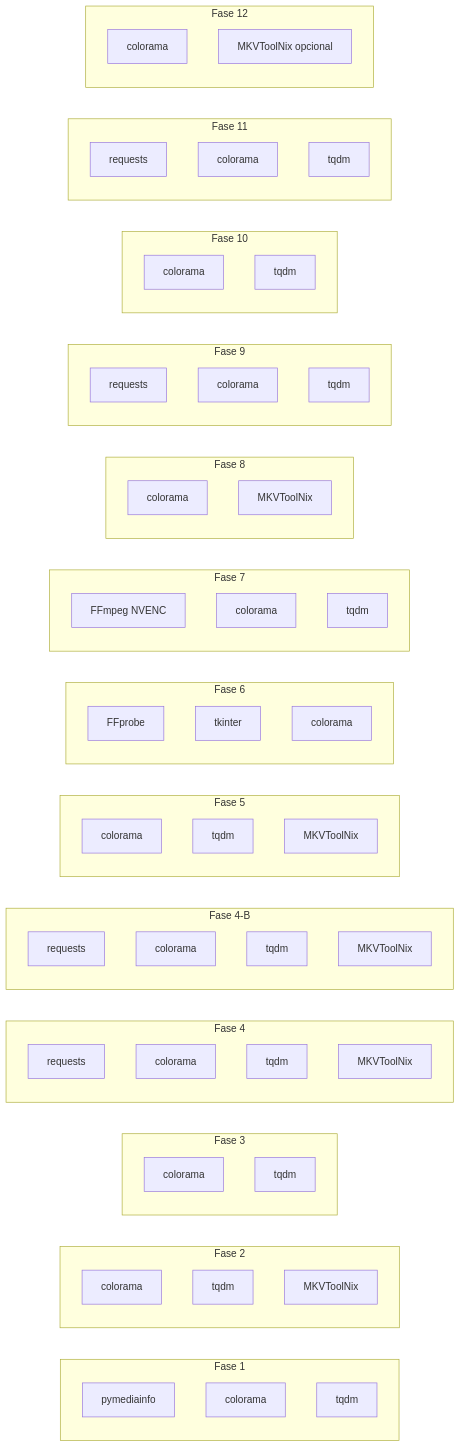
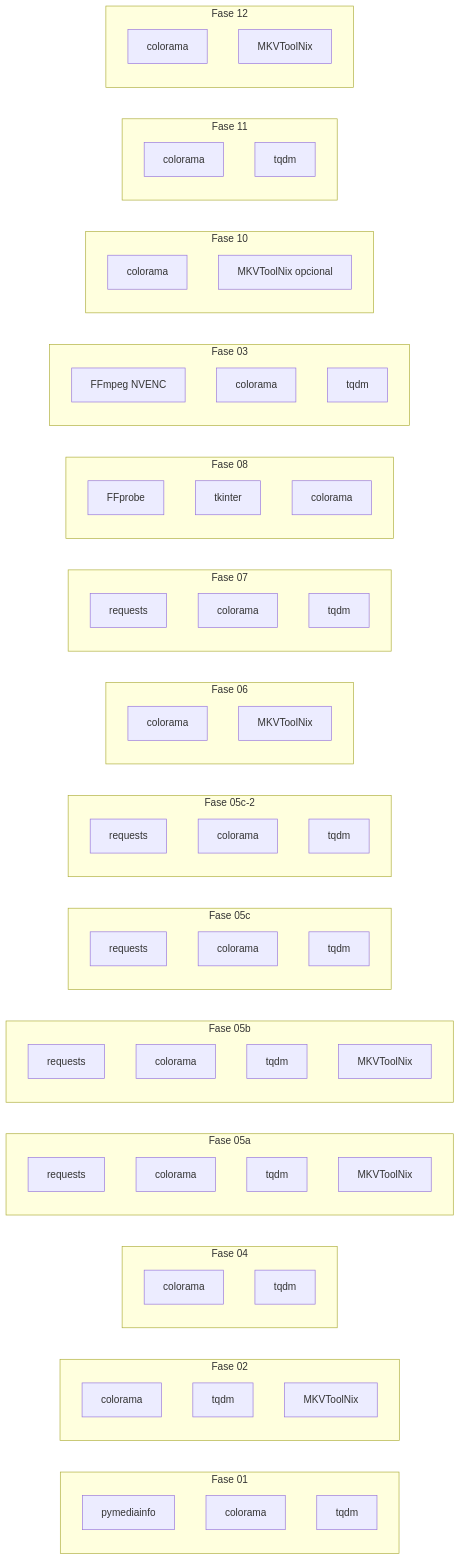
The diagram in docs/dependencias-python.md (carmipa/projeto-tracker-animes-traducao), drawn with Mermaid before and after one commit. The commit also changed other lines of this file and 42 other files, not shown here.

````diff
--- a/docs/dependencias-python.md
+++ b/docs/dependencias-python.md
@@ -58,78 +58,83 @@
 ```mermaid
 flowchart LR
-    subgraph F1["Fase 1"]
-        MI[pymediainfo]
-        C1[colorama]
-        T1[tqdm]
+    subgraph F01["Fase 01"]
+        MI["pymediainfo"]
+        C01["colorama"]
+        T01["tqdm"]
     end
 
-    subgraph F2["Fase 2"]
-        C2[colorama]
-        T2[tqdm]
-        MKVT2[MKVToolNix]
+    subgraph F02["Fase 02"]
+        C02["colorama"]
+        T02["tqdm"]
+        MKVT02["MKVToolNix"]
     end
 
-    subgraph F3["Fase 3"]
-        C3[colorama]
-        T3[tqdm]
+    subgraph F04["Fase 04"]
+        C04["colorama"]
+        T04["tqdm"]
     end
 
-    subgraph F4["Fase 4"]
-        REQ[requests]
-        C4[colorama]
-        T4[tqdm]
-        MKVT4[MKVToolNix]
+    subgraph F05A["Fase 05a"]
+        REQ05A["requests"]
+        C05A["colorama"]
+        T05A["tqdm"]
+        MKVT05A["MKVToolNix"]
     end
 
-    subgraph F4B["Fase 4-B"]
-        REQ4B[requests]
-        C4B[colorama]
-        T4B[tqdm]
-        MKVT4B[MKVToolNix]
+    subgraph F05B["Fase 05b"]
+        REQ05B["requests"]
+        C05B["colorama"]
+        T05B["tqdm"]
+        MKVT05B["MKVToolNix"]
     end
 
-    subgraph F5["Fase 5"]
-        C5[colorama]
-        T5[tqdm]
-        MKVT5[MKVToolNix]
+    subgraph F05C["Fase 05c"]
+        REQ05C["requests"]
+        C05C["colorama"]
+        T05C["tqdm"]
     end
 
-    subgraph F6["Fase 6"]
-        FF6[FFprobe]
-        TK6[tkinter]
-        C6[colorama]
+    subgraph F05C2["Fase 05c-2"]
+        REQ05C2["requests"]
+        C05C2["colorama"]
+        T05C2["tqdm"]
     end
 
-    subgraph F7["Fase 7"]
-        FF7[FFmpeg NVENC]
-        C7[colorama]
-        T7[tqdm]
+    subgraph F06["Fase 06"]
+        C06["colorama"]
+        MKVT06["MKVToolNix"]
     end
 
-    subgraph F8["Fase 8"]
-        C8[colorama]
-        MKVT8[MKVToolNix]
+    subgraph F07["Fase 07"]
+        REQ07["requests"]
+        C07["colorama"]
+        T07["tqdm"]
     end
 
-    subgraph F9["Fase 9"]
-        REQ9[requests]
-        C9[colorama]
-        T9[tqdm]
+    subgraph F08["Fase 08"]
+        FF08["FFprobe"]
+        TK08["tkinter"]
+        C08["colorama"]
+    end
+
+    subgraph F03["Fase 03"]
+        FF03["FFmpeg NVENC"]
+        C03["colorama"]
+        T03["tqdm"]
     end
 
     subgraph F10["Fase 10"]
-        C10[colorama]
-        T10[tqdm]
+        C10["colorama"]
+        MKVT10["MKVToolNix opcional"]
     end
 
     subgraph F11["Fase 11"]
-        REQ11[requests]
-        C11[colorama]
-        T11[tqdm]
+        C11["colorama"]
+        T11["tqdm"]
     end
 
     subgraph F12["Fase 12"]
-        C12[colorama]
-        MKVT12[MKVToolNix opcional]
+        C12["colorama"]
+        MKVT12["MKVToolNix"]
     end
 ```
````
